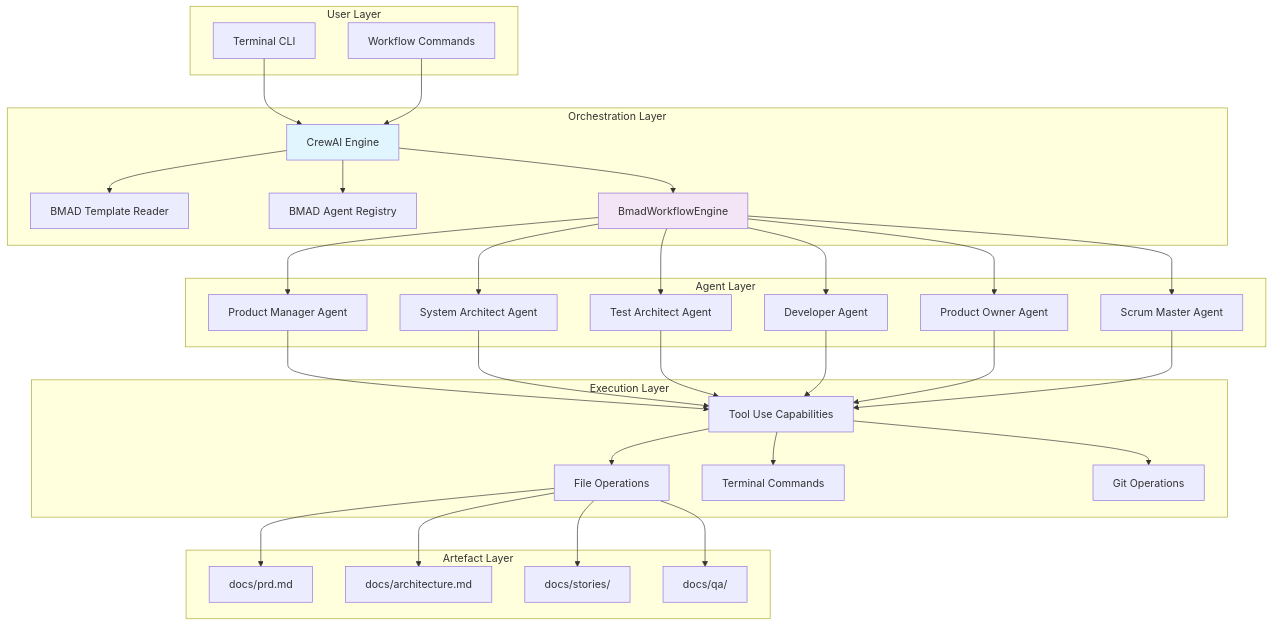
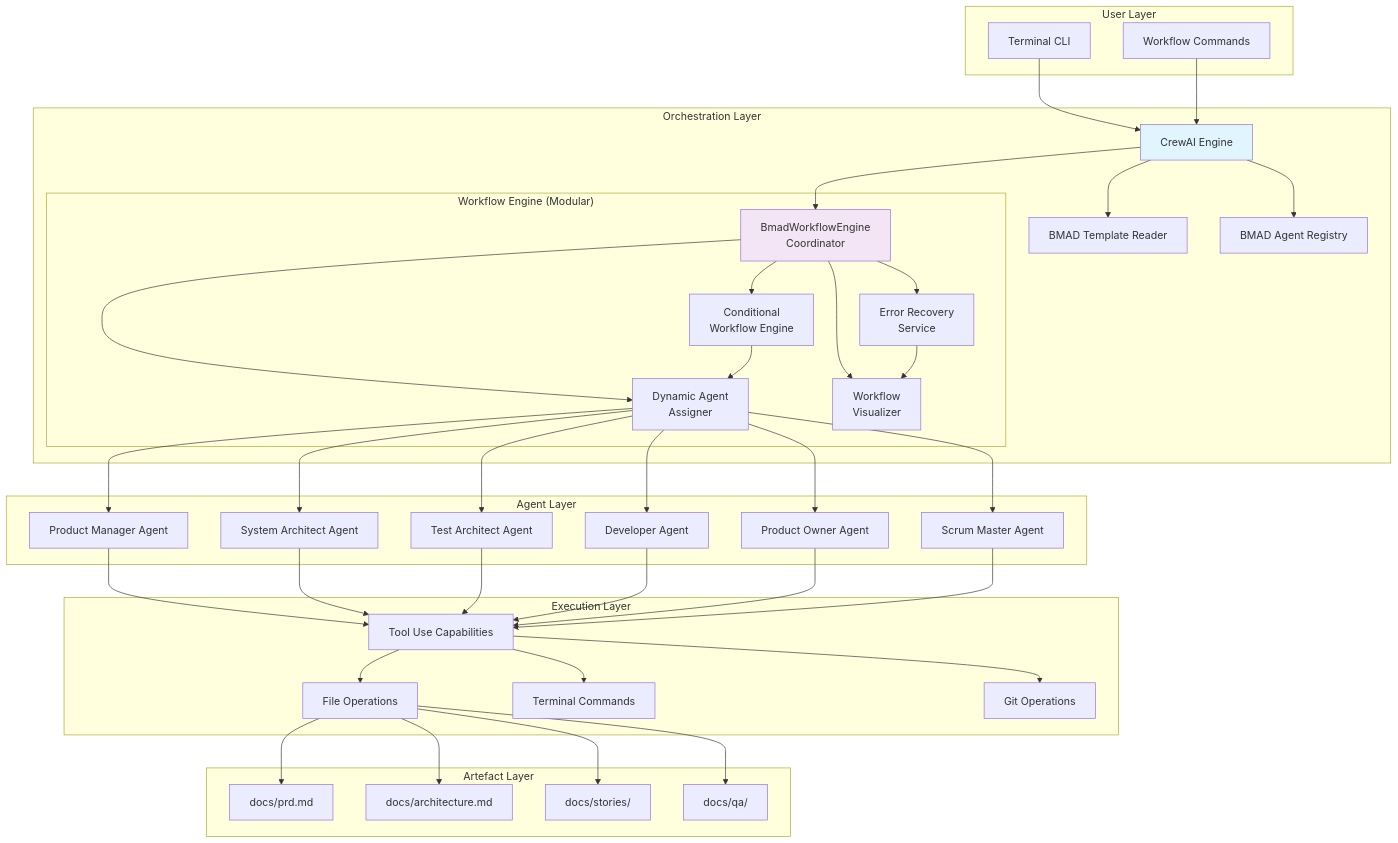
Before and after one commit to Pinstack/bmad-crewai: the diagram in docs/architecture/high-level-architecture.md, drawn with Mermaid. The commit also changed other lines of this file and 43 other files, not shown here.

First line of the commit message:
Complete BMAD-CrewAI integration with comprehensive testing

````diff
--- a/docs/architecture/high-level-architecture.md
+++ b/docs/architecture/high-level-architecture.md
@@ -40,7 +40,14 @@
         CrewAI[CrewAI Engine]
         TemplateReader[BMAD Template Reader]
         AgentRegistry[BMAD Agent Registry]
-        WorkflowEngine[BmadWorkflowEngine]
+
+        subgraph "Workflow Engine (Modular)"
+            WorkflowCoordinator[BmadWorkflowEngine<br/>Coordinator]
+            ConditionalEngine[Conditional<br/>Workflow Engine]
+            ErrorRecovery[Error Recovery<br/>Service]
+            AgentAssigner[Dynamic Agent<br/>Assigner]
+            WorkflowVisualizer[Workflow<br/>Visualizer]
+        end
     end
 
     subgraph "Agent Layer"
@@ -71,14 +78,21 @@
 
     CrewAI --> TemplateReader
     CrewAI --> AgentRegistry
-    CrewAI --> WorkflowEngine
+    CrewAI --> WorkflowCoordinator
 
-    WorkflowEngine --> PMAgent
-    WorkflowEngine --> ArchAgent
-    WorkflowEngine --> QAAgent
-    WorkflowEngine --> DevAgent
-    WorkflowEngine --> POAgent
-    WorkflowEngine --> SMAgent
+    WorkflowCoordinator --> ConditionalEngine
+    WorkflowCoordinator --> ErrorRecovery
+    WorkflowCoordinator --> AgentAssigner
+    WorkflowCoordinator --> WorkflowVisualizer
+
+    ConditionalEngine --> AgentAssigner
+    ErrorRecovery --> WorkflowVisualizer
+    AgentAssigner --> PMAgent
+    AgentAssigner --> ArchAgent
+    AgentAssigner --> QAAgent
+    AgentAssigner --> DevAgent
+    AgentAssigner --> POAgent
+    AgentAssigner --> SMAgent
 
     PMAgent --> ToolUse
     ArchAgent --> ToolUse
@@ -97,5 +111,5 @@
     FileOps --> QA
 
     style CrewAI fill:#e1f5fe
-    style WorkflowEngine fill:#f3e5f5
+    style WorkflowCoordinator fill:#f3e5f5
 ```
````
